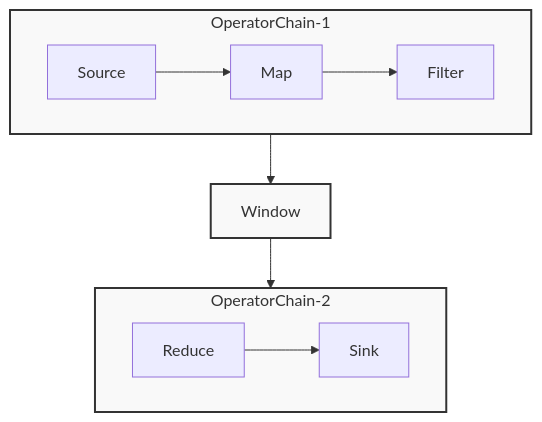
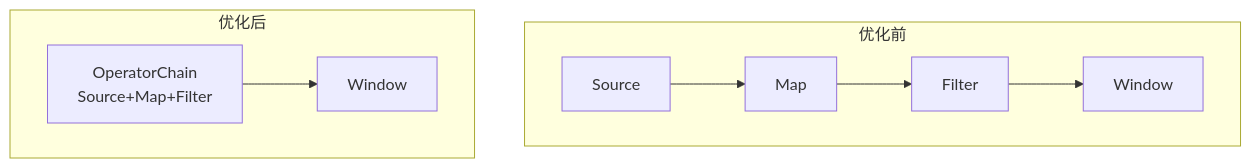
One commit to 312268112/advanced-java changed the fourth of 15 diagrams in pipeline-framework-design.md. Above: the diagram before and after it, drawn with Mermaid. The commit also changed other lines of this file, not shown here.

````diff
--- a/pipeline-framework-design.md
+++ b/pipeline-framework-design.md
@@ -122,25 +109,12 @@
 ```mermaid
 graph TB
-    subgraph Chain1["OperatorChain-1"]
-        Source[Source]
-        Map[Map]
-        Filter[Filter]
-        Source --> Map
-        Map --> Filter
+    subgraph Before["优化前"]
+        A1[Source] --> A2[Map]
+        A2 --> A3[Filter]
+        A3 --> A4[Window]
     end
     
-    Window[Window]
-    
-    subgraph Chain2["OperatorChain-2"]
-        Reduce[Reduce]
-        Sink[Sink]
-        Reduce --> Sink
+    subgraph After["优化后"]
+        B1["OperatorChain<br/>Source+Map+Filter"] --> B2[Window]
     end
-    
-    Chain1 --> Window
-    Window --> Chain2
-    
-    style Chain1 fill:#f9f9f9,stroke:#333,stroke-width:2px
-    style Chain2 fill:#f9f9f9,stroke:#333,stroke-width:2px
-    style Window fill:#f9f9f9,stroke:#333,stroke-width:2px
 ```
````
